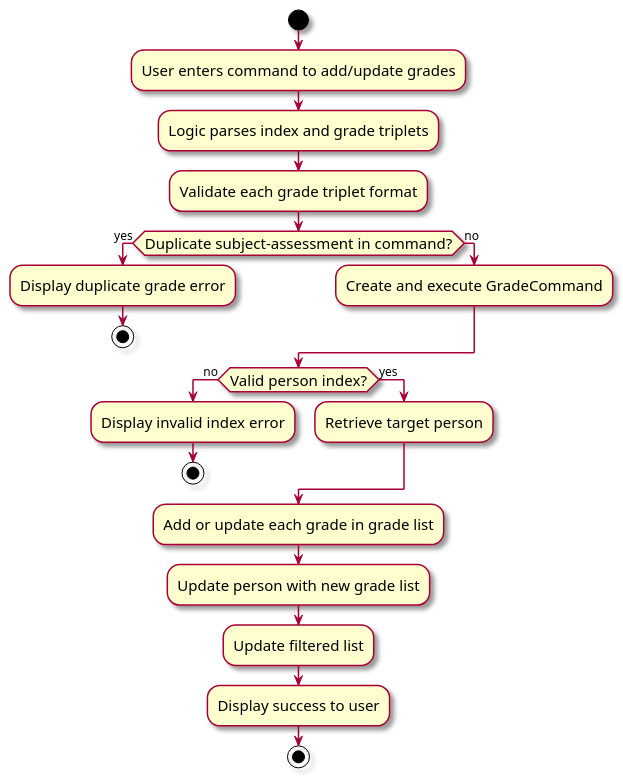
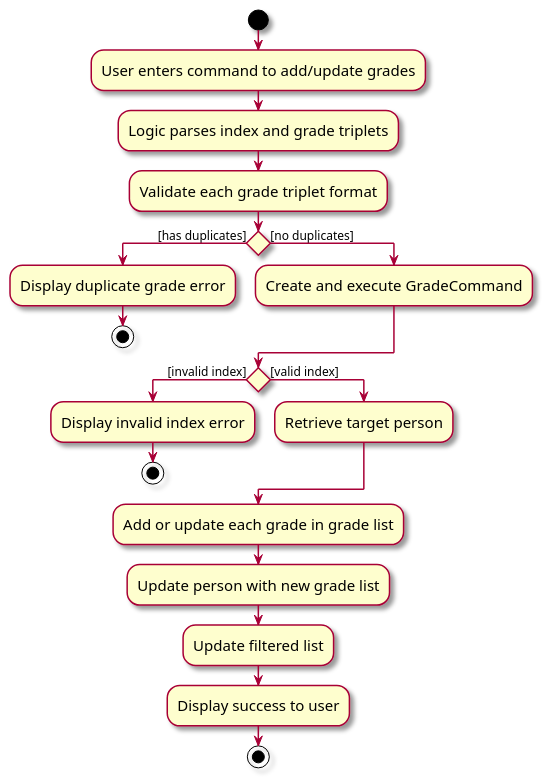
The diagram in docs/diagrams/GradeCommandActivityDiagram.puml (tonyvict/tp), drawn with PlantUML before and after one commit. The commit also changed 8 other files, not shown here.

Commit message:
Update activity diagrams

```diff
--- a/docs/diagrams/GradeCommandActivityDiagram.puml
+++ b/docs/diagrams/GradeCommandActivityDiagram.puml
@@ -1,26 +1,26 @@
 @startuml
 skin rose
 skinparam ActivityFontSize 15
 skinparam ArrowFontSize 12
 start
 :User enters command to add/update grades;
 :Logic parses index and grade triplets;
 :Validate each grade triplet format;
-if (Duplicate subject-assessment in command?) then (yes)
+if () then ([has duplicates])
   :Display duplicate grade error;
   stop
-else (no)
+else ([no duplicates])
   :Create and execute GradeCommand;
 endif
-if (Valid person index?) then (no)
+if () then ([invalid index])
   :Display invalid index error;
   stop
-else (yes)
+else ([valid index])
   :Retrieve target person;
 endif
 :Add or update each grade in grade list;
 :Update person with new grade list;
 :Update filtered list;
 :Display success to user;
 stop
 @enduml
```
